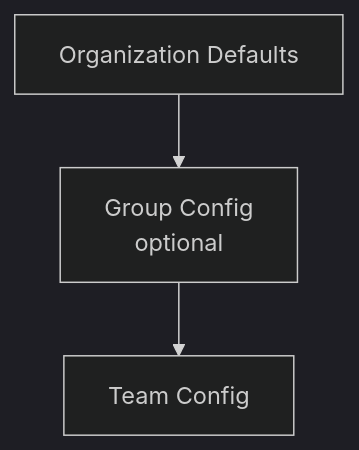
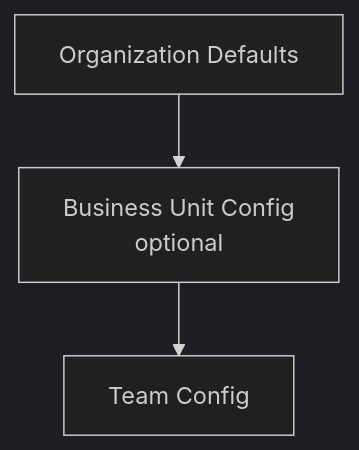
One commit to incidentfox/docs changed the fourth of 6 diagrams in how-it-works.mdx. Above: the diagram before and after it, drawn with Mermaid (dark theme). The commit also changed other lines of this file and 16 other files, not shown here.

Commit message:
docs: update for 300+ tools, dual-agent architecture, RAPTOR KB

````diff
--- a/how-it-works.mdx
+++ b/how-it-works.mdx
@@ -127,5 +274,5 @@
 ```mermaid
 graph TD
-    A[Organization Defaults] --> B[Group Config<br/>optional]
+    A[Organization Defaults] --> B[Business Unit Config<br/>optional]
     B --> C[Team Config]
 ```
````
